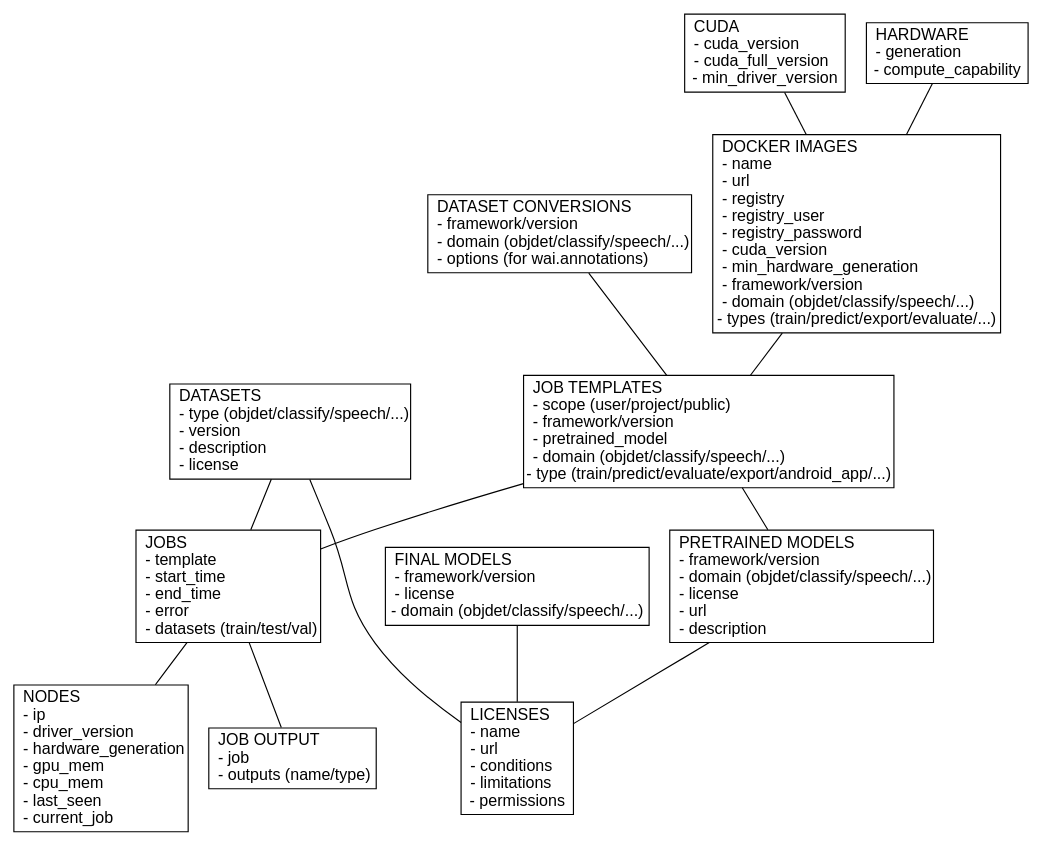
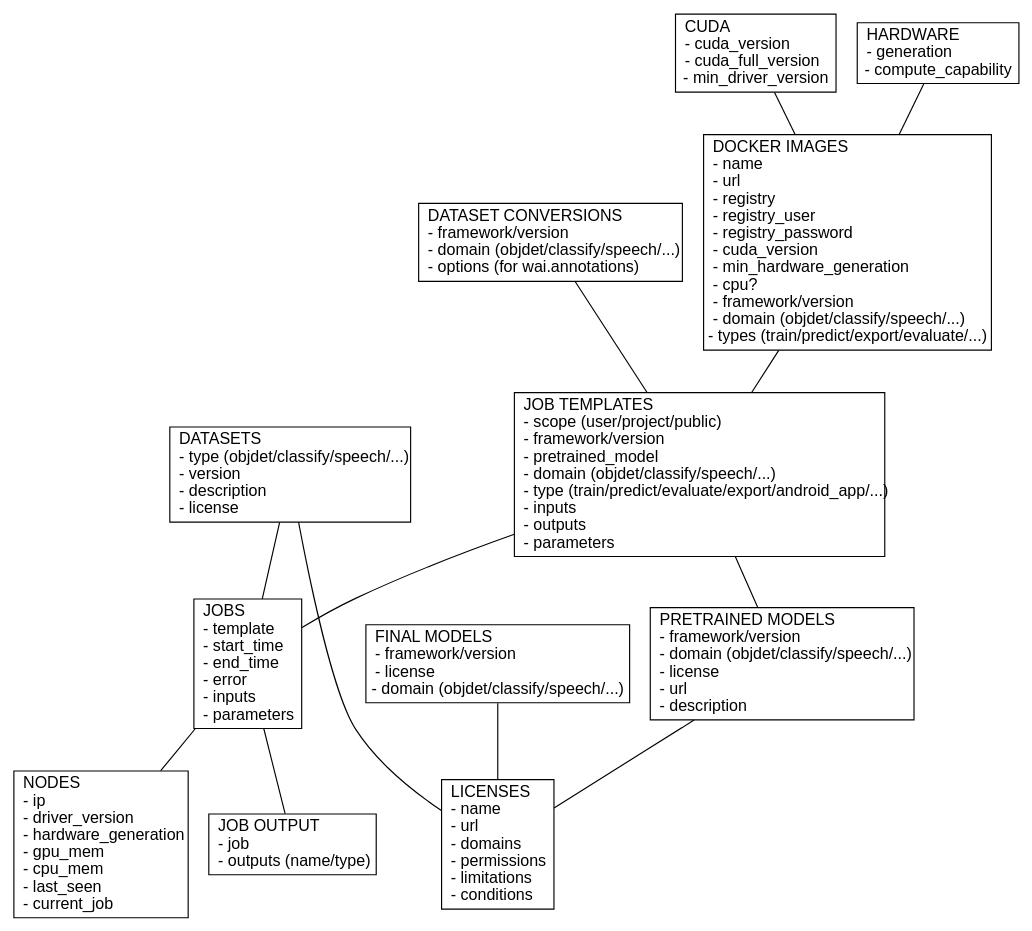
The diagram in docs/img/api.dot (waikato-ufdl/ufdl-api), drawn with Graphviz before and after one commit. The commit also changed 3 other files, not shown here.

```diff
--- a/docs/img/api.dot
+++ b/docs/img/api.dot
@@ -1,36 +1,36 @@
 graph {
 
   node [shape=record fontname=Arial];
 
   cuda [label = "CUDA\l- cuda_version\l- cuda_full_version\l- min_driver_version"];
   hardware [label = "HARDWARE\l- generation\l- compute_capability"];
-  licenses [label = "LICENSES\l- name\l- url\l- conditions\l- limitations\l- permissions"];
+  licenses [label = "LICENSES\l- name\l- url\l- domains\l- permissions\l- limitations\l- conditions\l"];
   datasets [label = "DATASETS\l- type (objdet/classify/speech/...)\l- version\l- description\l- license\l"];
   dataset_conversions [label = "DATASET CONVERSIONS\l- framework/version\l- domain (objdet/classify/speech/...)\l- options (for wai.annotations)\l"];
   pretrained_models [label = "PRETRAINED MODELS\l- framework/version\l- domain (objdet/classify/speech/...)\l- license\l- url\l- description\l"];
   final_models [label = "FINAL MODELS\l- framework/version\l- license\l- domain (objdet/classify/speech/...)"];
   nodes [label = "NODES\l- ip\l- driver_version\l- hardware_generation\l- gpu_mem\l- cpu_mem\l- last_seen\l- current_job\l"];
-  jobs [label = "JOBS\l- template\l- start_time\l- end_time\l- error\l- datasets (train/test/val)\l"];
-  job_templates [label = "JOB TEMPLATES\l- scope (user/project/public)\l- framework/version\l- pretrained_model\l- domain (objdet/classify/speech/...)\l- type (train/predict/evaluate/export/android_app/...)"];
+  jobs [label = "JOBS\l- template\l- start_time\l- end_time\l- error\l- inputs\l- parameters\l"];
+  job_templates [label = "JOB TEMPLATES\l- scope (user/project/public)\l- framework/version\l- pretrained_model\l- domain (objdet/classify/speech/...)\l- type (train/predict/evaluate/export/android_app/...)\l- inputs\l- outputs\l- parameters\l"];
   job_output [label = "JOB OUTPUT\l- job\l- outputs (name/type)\l"];
   //job_visualization [label = "JOB VISUALIZATION\l- job\l- template\l"];
   //job_visualization_templates [label = "JOB VISUALIZATION TEMPLATES\leg Tensorboard"];
-  docker_images [label = "DOCKER IMAGES\l- name\l- url\l- registry\l- registry_user\l- registry_password\l- cuda_version\l- min_hardware_generation\l- framework/version\l- domain (objdet/classify/speech/...)\l- types (train/predict/export/evaluate/...)"];
+  docker_images [label = "DOCKER IMAGES\l- name\l- url\l- registry\l- registry_user\l- registry_password\l- cuda_version\l- min_hardware_generation\l- cpu?\l- framework/version\l- domain (objdet/classify/speech/...)\l- types (train/predict/export/evaluate/...)"];
   //temp_downloads [label = "TEMP DOWNLOADS"];
 
   cuda -- docker_images;
   hardware -- docker_images;
   datasets -- licenses;
   datasets -- jobs;
   pretrained_models -- licenses;
   final_models -- licenses;
   job_templates -- jobs;
   jobs -- job_output;
   jobs -- nodes;
   //job_output -- job_visualization;
   //job_visualization_templates -- job_visualization;
   //job_visualization_templates -- docker_images;
   docker_images -- job_templates;
   dataset_conversions -- job_templates;
   job_templates -- pretrained_models;
 }
```
